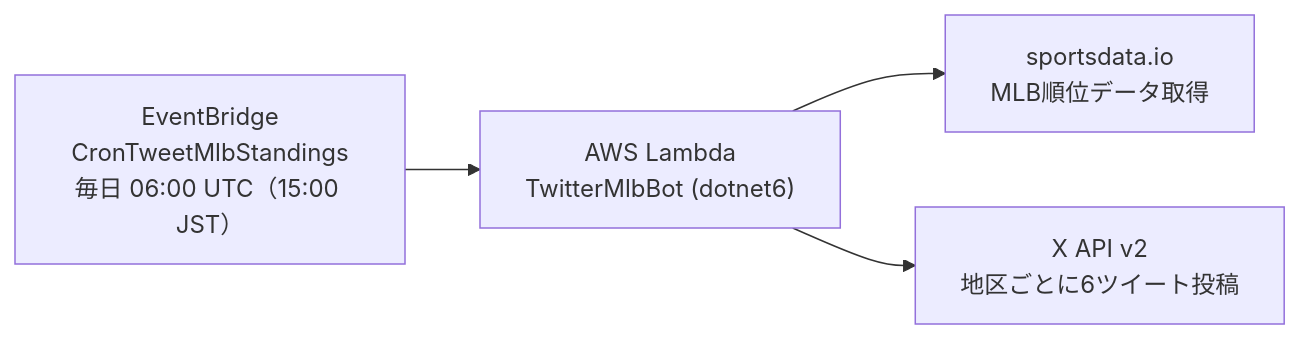
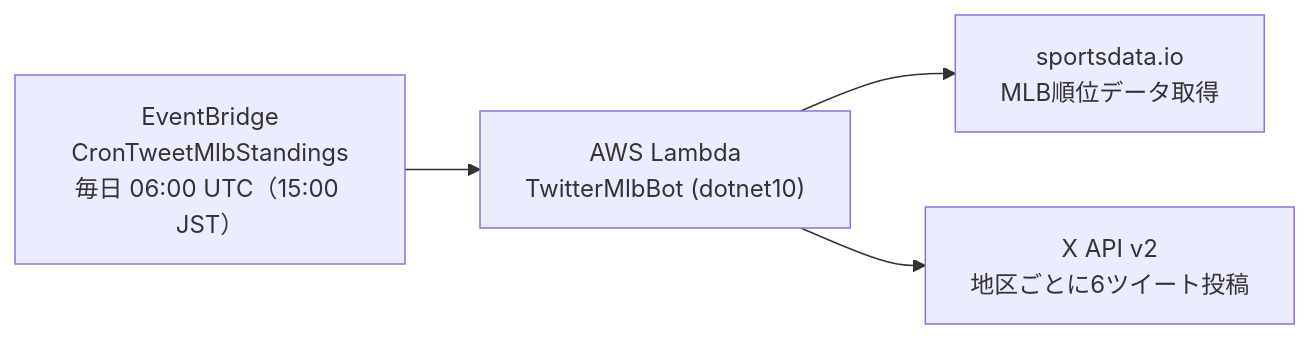
One commit to shin4488/MlbBot changed the diagram in README.md. Above: the diagram before and after it, drawn with Mermaid. The commit also changed other lines of this file and 3 other files, not shown here.

````diff
--- a/README.md
+++ b/README.md
@@ -7,6 +7,6 @@
 ```mermaid
 flowchart LR
-    EB["EventBridge<br>CronTweetMlbStandings<br>毎日 06:00 UTC（15:00 JST）"] --> L["AWS Lambda<br>TwitterMlbBot (dotnet6)"]
+    EB["EventBridge<br>CronTweetMlbStandings<br>毎日 06:00 UTC（15:00 JST）"] --> L["AWS Lambda<br>TwitterMlbBot (dotnet10)"]
     L --> MLB["sportsdata.io<br>MLB順位データ取得"]
     L --> X["X API v2<br>地区ごとに6ツイート投稿"]
 ```
````
